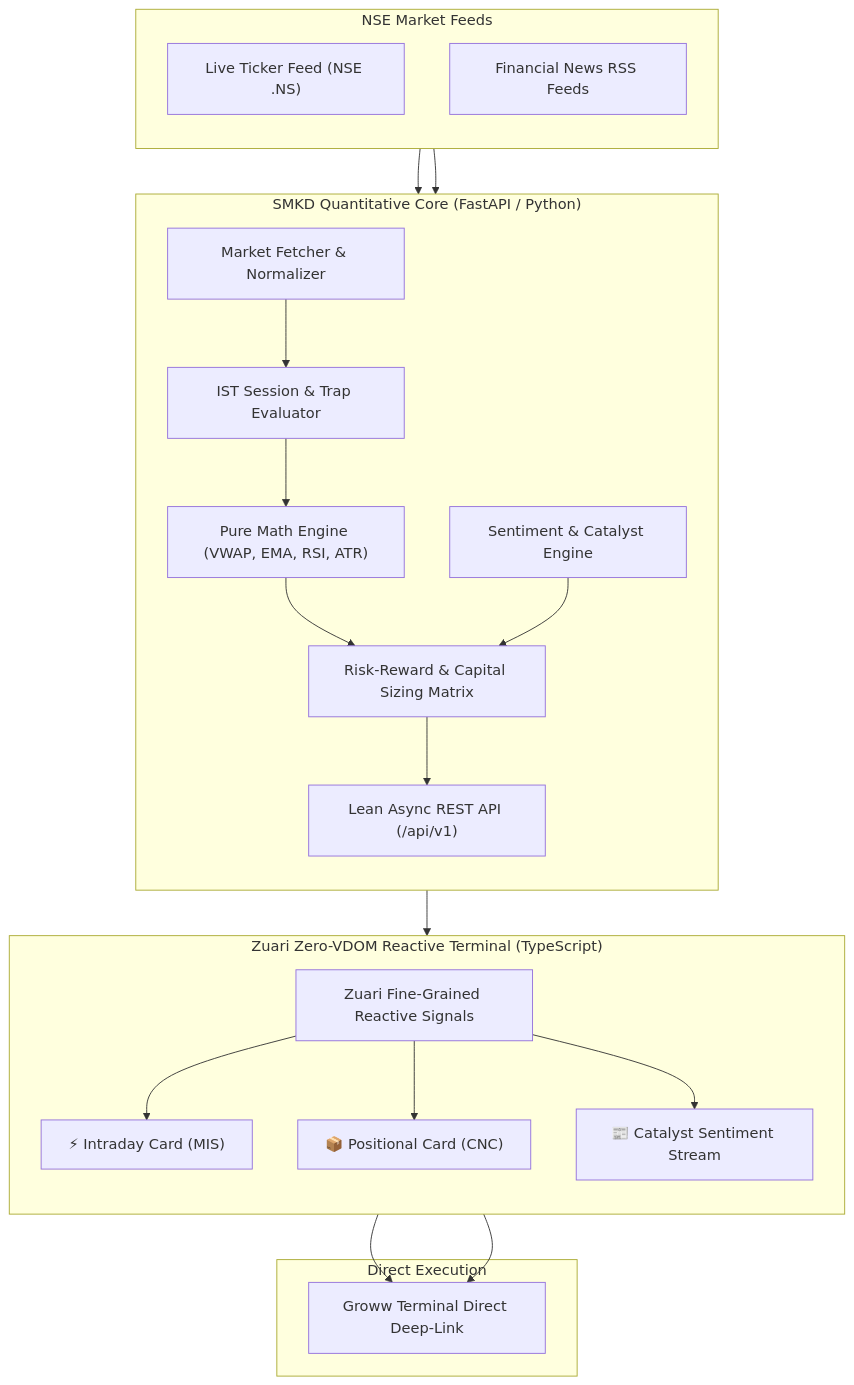
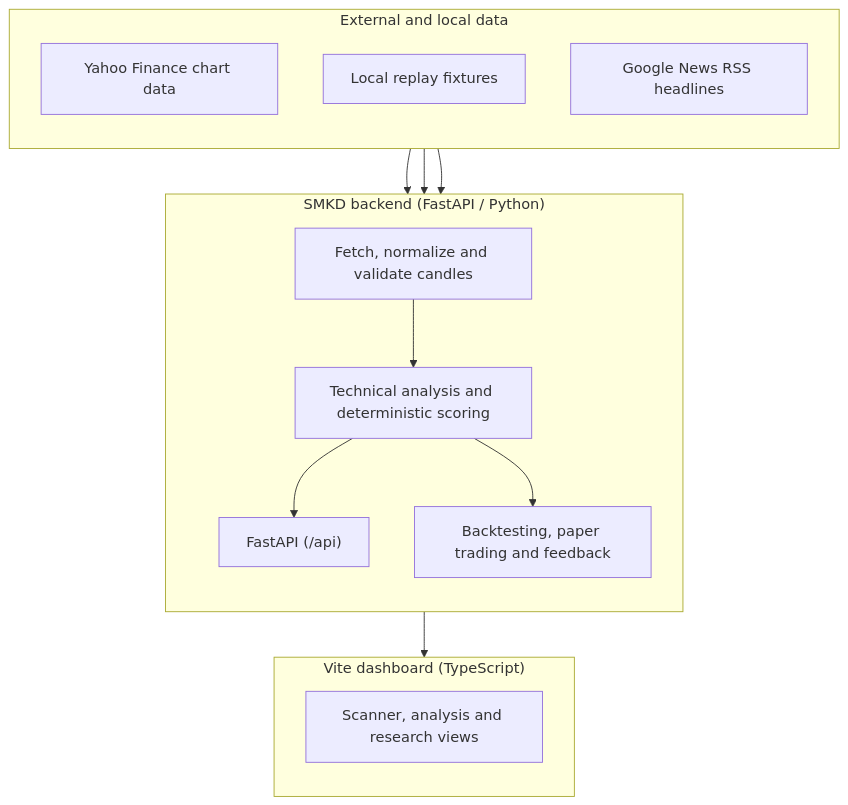
One commit to dr-week/STOCK-MARKET-KA-DON changed the diagram in README.md. Above: the diagram before and after it, drawn with Mermaid. The commit also changed other lines of this file, not shown here.

````diff
--- a/README.md
+++ b/README.md
@@ -101,41 +101,29 @@
 ```mermaid
 flowchart TD
-    subgraph MarketData ["NSE Market Feeds"]
+    subgraph MarketData ["External and local data"]
         direction TB
-        NSE["Live Ticker Feed (NSE .NS)"]
-        NEWS["Financial News RSS Feeds"]
+        Yahoo["Yahoo Finance chart data"]
+        Replay["Local replay fixtures"]
+        News["Google News RSS headlines"]
     end
 
-    subgraph Backend ["SMKD Quantitative Core (FastAPI / Python)"]
+    subgraph Backend ["SMKD backend (FastAPI / Python)"]
         direction TB
-        Fetcher["Market Fetcher & Normalizer"]
-        Sessions["IST Session & Trap Evaluator"]
-        Technicals["Pure Math Engine (VWAP, EMA, RSI, ATR)"]
-        NLP["Sentiment & Catalyst Engine"]
-        Calculator["Risk-Reward & Capital Sizing Matrix"]
-        Router["Lean Async REST API (/api/v1)"]
+        Fetcher["Fetch, normalize and validate candles"]
+        Analysis["Technical analysis and deterministic scoring"]
+        Research["Backtesting, paper trading and feedback"]
+        API["FastAPI (/api)"]
     end
 
-    subgraph Frontend ["Zuari Zero-VDOM Reactive Terminal (TypeScript)"]
+    subgraph Frontend ["Vite dashboard (TypeScript)"]
         direction TB
-        SignalsStore["Zuari Fine-Grained Reactive Signals"]
-        UI_Intraday["⚡ Intraday Card (MIS)"]
-        UI_Delivery["📦 Positional Card (CNC)"]
-        UI_News["📰 Catalyst Sentiment Stream"]
+        UI["Scanner, analysis and research views"]
     end
 
-    subgraph Execution ["Direct Execution"]
-        Groww["Groww Terminal Direct Deep-Link"]
-    end
-
-    NSE --> Fetcher
-    NEWS --> NLP
-    Fetcher --> Sessions --> Technicals --> Calculator --> Router
-    NLP --> Calculator
-    Router --> SignalsStore
-    SignalsStore --> UI_Intraday
-    SignalsStore --> UI_Delivery
-    SignalsStore --> UI_News
-    UI_Intraday --> Groww
-    UI_Delivery --> Groww
+    Yahoo --> Fetcher
+    Replay --> Fetcher
+    Fetcher --> Analysis --> API
+    Analysis --> Research
+    News --> API
+    API --> UI
 ```
````
